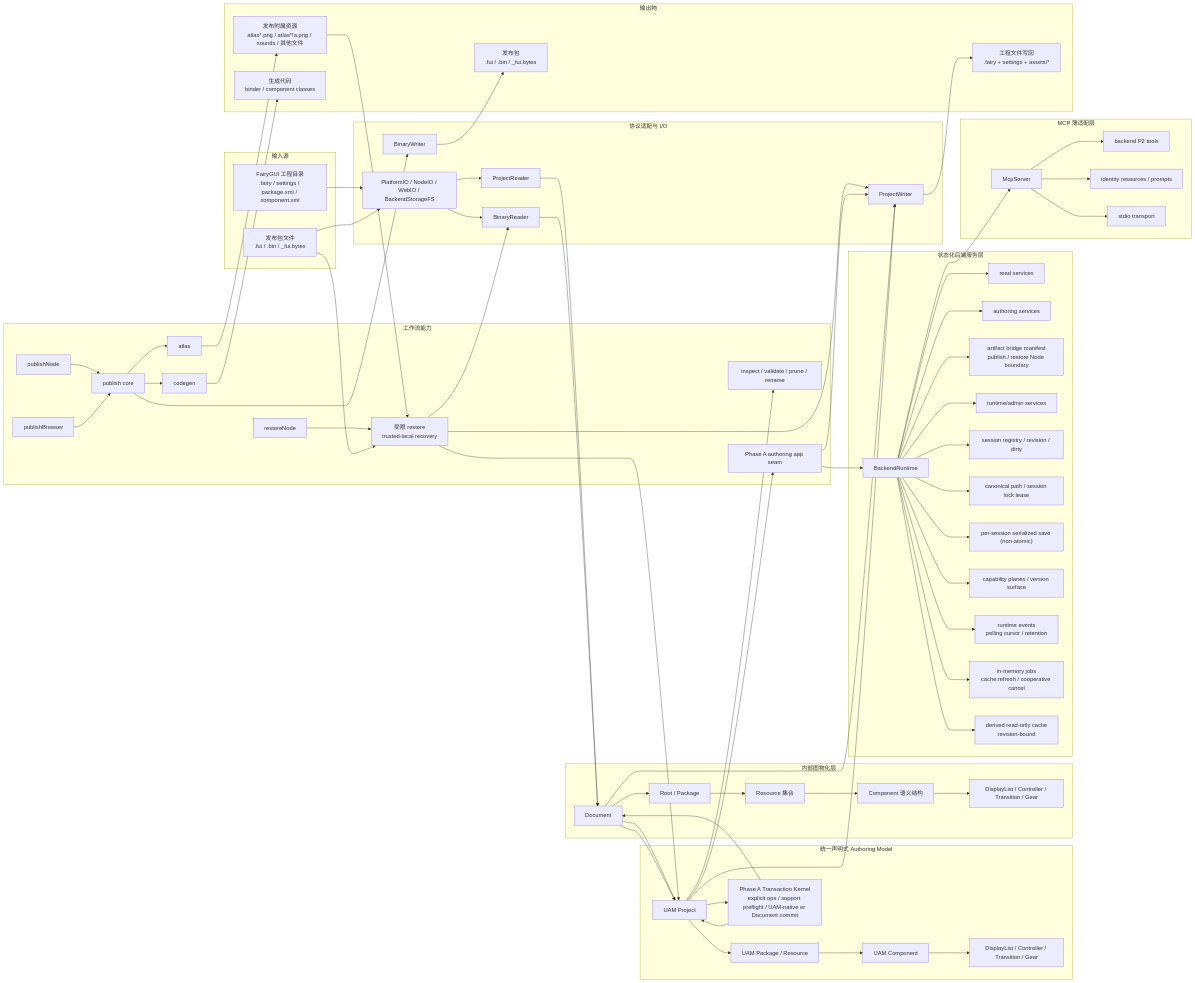
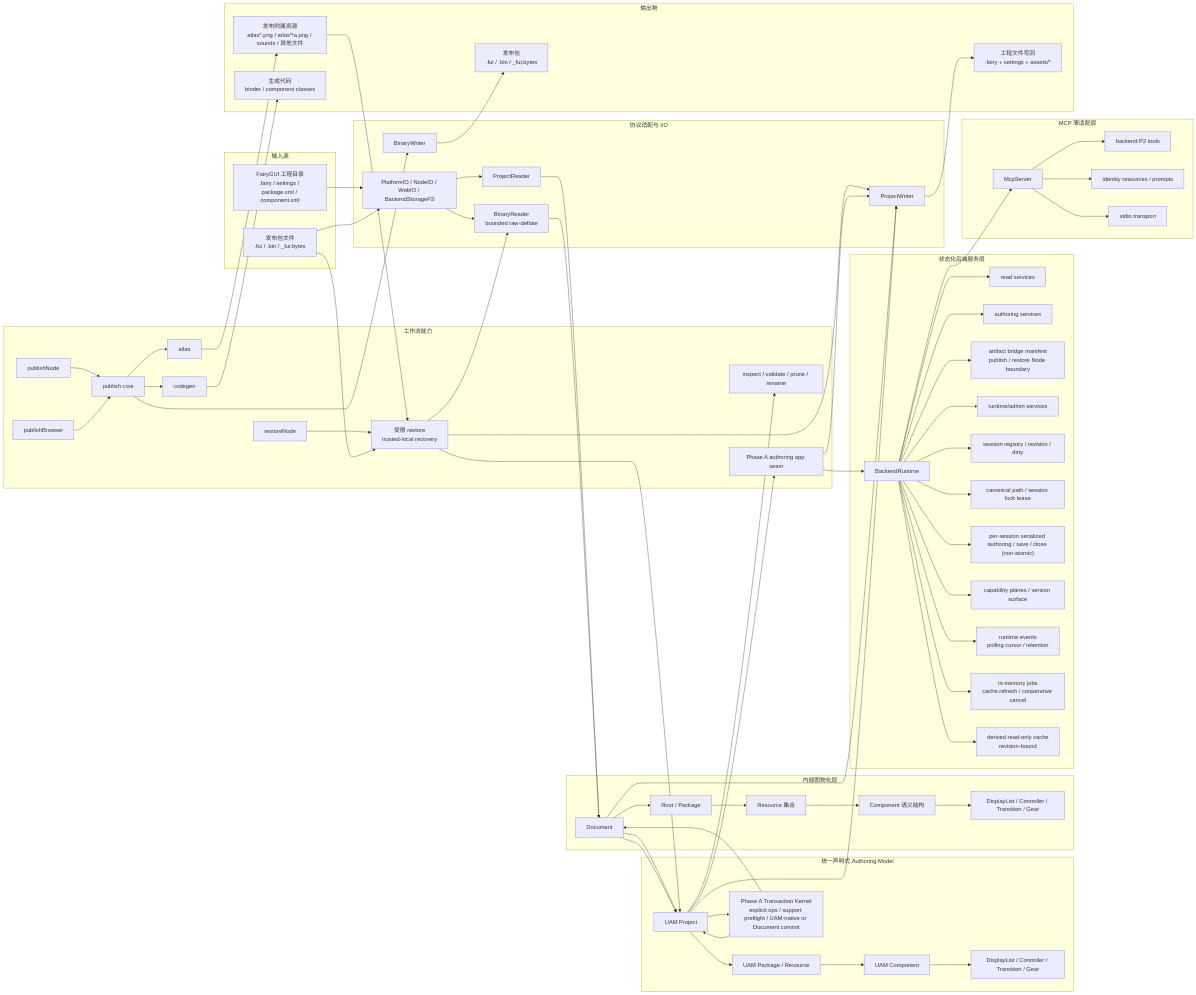
The first of 2 diagrams in docs/architecture-overview.md (OpenFairyGUI/OpenFairyGUI), drawn with Mermaid before and after one commit. The commit also changed other lines of this file and 17 other files, not shown here.

Commit message:
fix: harden binary writes and session saves

```diff
--- a/docs/architecture-overview.md
+++ b/docs/architecture-overview.md
@@ -19,7 +19,7 @@
     subgraph IO["协议适配与 I/O"]
         FS["PlatformIO / NodeIO / WebIO / BackendStorageFS"]
         PR["ProjectReader"]
-        BR["BinaryReader"]
+        BR["BinaryReader<br/>bounded raw-deflate"]
         PW["ProjectWriter"]
         BW["BinaryWriter"]
     end
@@ -63,7 +63,7 @@
         RU["runtime/admin services"]
         SS["session registry / revision / dirty"]
         LK["canonical path / session lock lease"]
-        SV["per-session serialized save (non-atomic)"]
+        SV["per-session serialized authoring / save / close (non-atomic)"]
         CAP["capability planes / version surface"]
         EV["runtime events<br/>polling cursor / retention"]
         JOB["in-memory jobs<br/>cache.refresh / cooperative cancel"]
```
